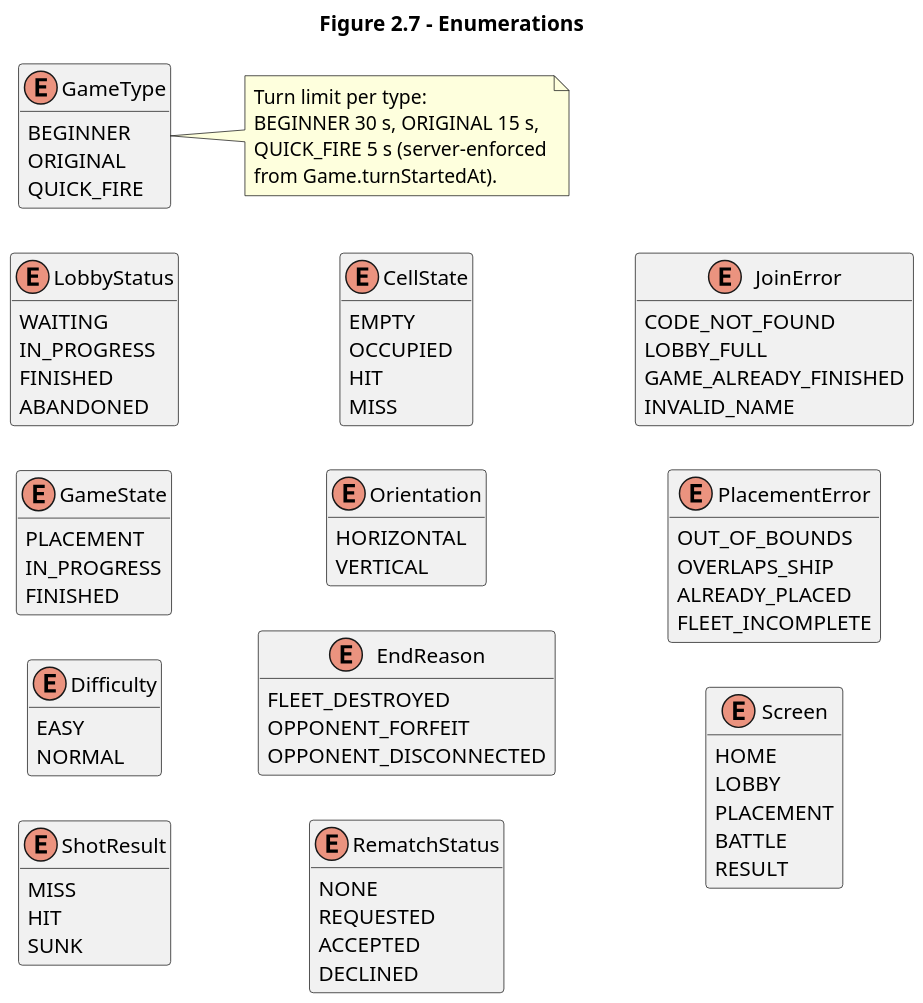
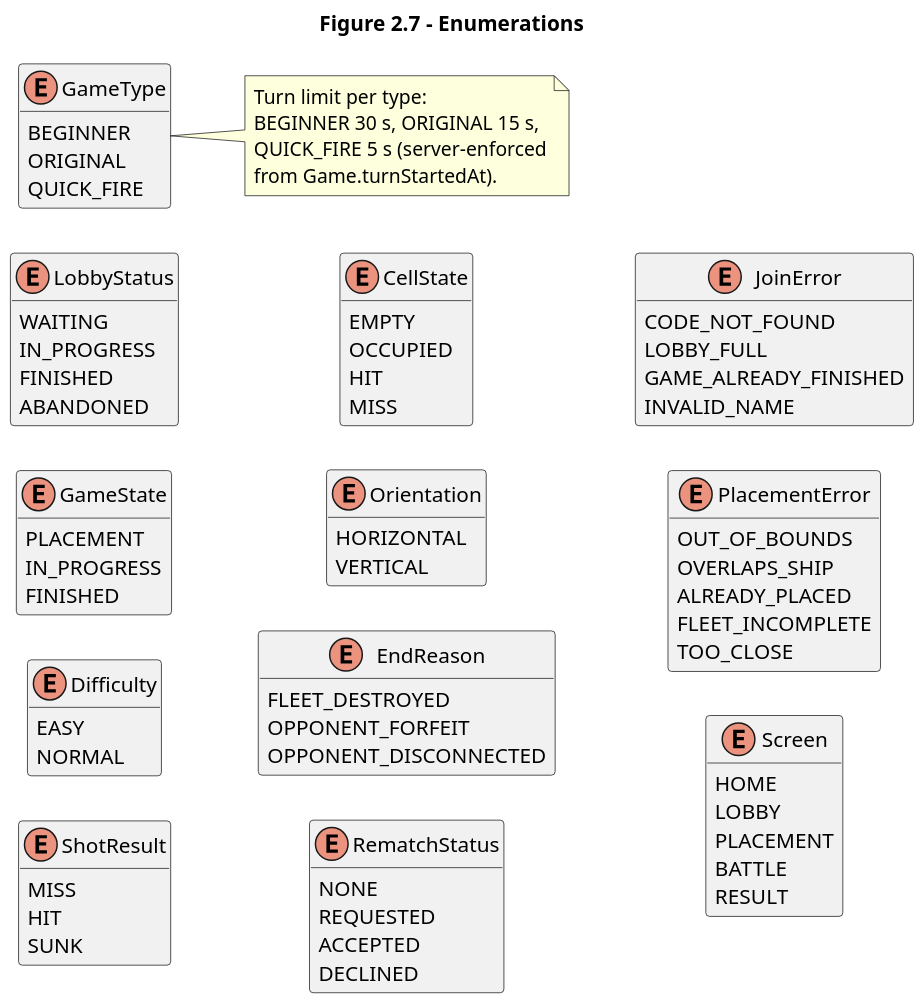
Before and after one commit to queeeety/battleship-online: the diagram in docs/uml/class/refinedClassDiagrams/2_7_Enums.puml, drawn with PlantUML. The commit also changed 9 other files, not shown here.

First line of the commit message:
docs(uml): show the ship gap rule, sunk ships in the view and Radar Sweep's aim

```diff
--- a/docs/uml/class/refinedClassDiagrams/2_7_Enums.puml
+++ b/docs/uml/class/refinedClassDiagrams/2_7_Enums.puml
@@ -1,83 +1,84 @@
 @startuml 2_7_Enums
 title Figure 2.7 - Enumerations
 skinparam classAttributeIconSize 0
 skinparam nodesep 30
 skinparam ranksep 45
 skinparam linetype ortho
 skinparam dpi 150
 hide empty members
 
 left to right direction
 enum LobbyStatus {
   WAITING
   IN_PROGRESS
   FINISHED
   ABANDONED
 }
 enum GameState {
   PLACEMENT
   IN_PROGRESS
   FINISHED
 }
 enum GameType {
   BEGINNER
   ORIGINAL
   QUICK_FIRE
 }
 enum Difficulty {
   EASY
   NORMAL
 }
 enum ShotResult {
   MISS
   HIT
   SUNK
 }
 enum CellState {
   EMPTY
   OCCUPIED
   HIT
   MISS
 }
 enum Orientation {
   HORIZONTAL
   VERTICAL
 }
 enum EndReason {
   FLEET_DESTROYED
   OPPONENT_FORFEIT
   OPPONENT_DISCONNECTED
 }
 enum RematchStatus {
   NONE
   REQUESTED
   ACCEPTED
   DECLINED
 }
 enum JoinError {
   CODE_NOT_FOUND
   LOBBY_FULL
   GAME_ALREADY_FINISHED
   INVALID_NAME
 }
 enum PlacementError {
   OUT_OF_BOUNDS
   OVERLAPS_SHIP
   ALREADY_PLACED
   FLEET_INCOMPLETE
+  TOO_CLOSE
 }
 enum Screen {
   HOME
   LOBBY
   PLACEMENT
   BATTLE
   RESULT
 }
 
 note right of GameType
   Turn limit per type:
   BEGINNER 30 s, ORIGINAL 15 s,
   QUICK_FIRE 5 s (server-enforced
   from Game.turnStartedAt).
 end note
 @enduml
```
